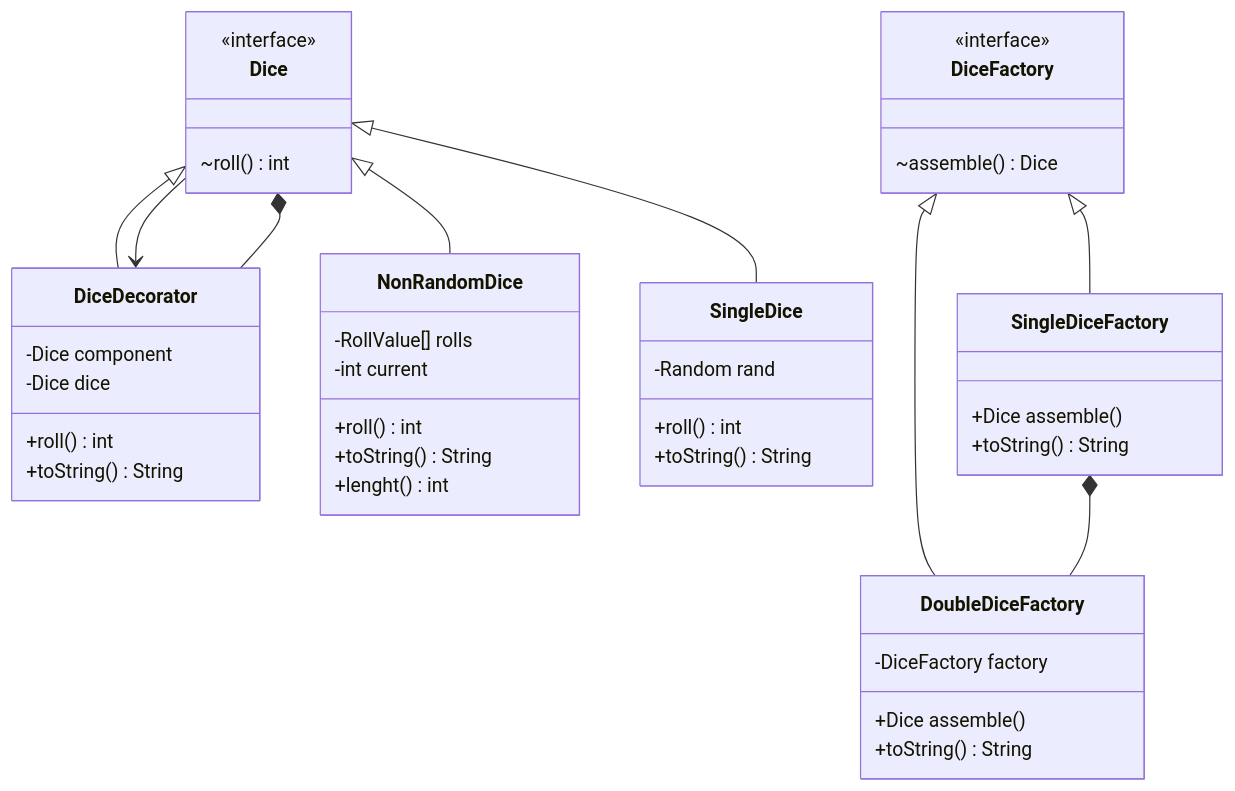
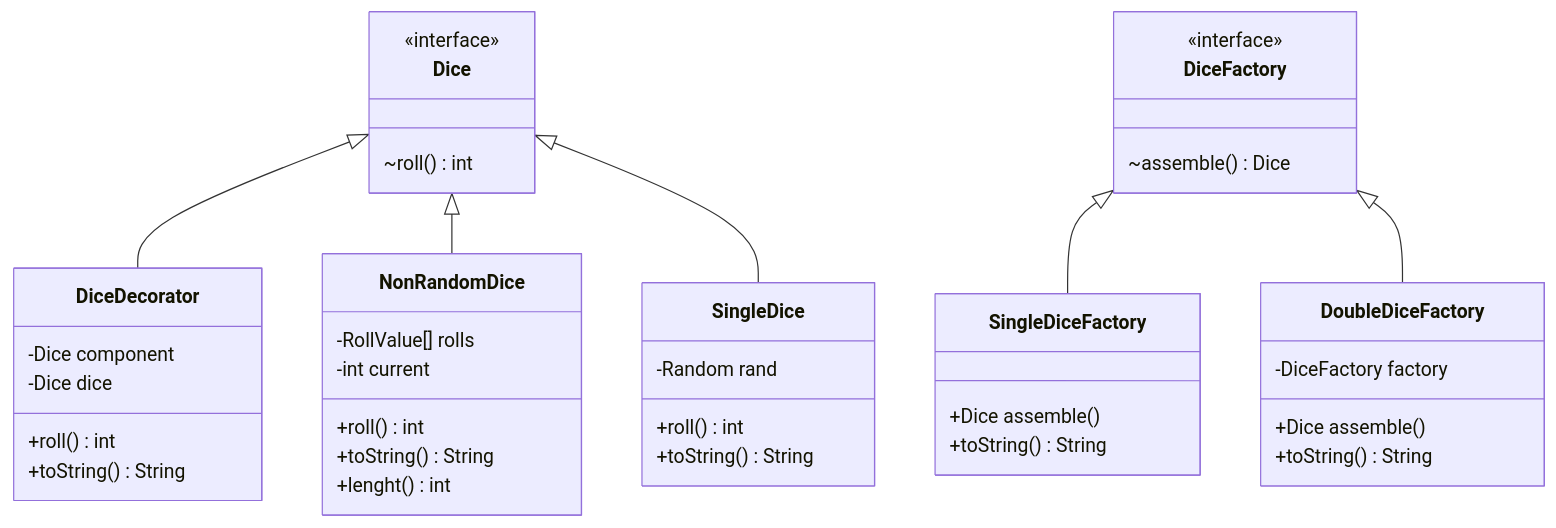
One commit to Luke3470/DesignPaternsUni changed the first of 4 diagrams in README.md. Above: the diagram before and after it, drawn with Mermaid. The commit also changed other lines of this file, not shown here.

Commit message:
dice Graph Complete

````diff
--- a/README.md
+++ b/README.md
@@ -7,55 +12,52 @@
 ```mermaid
 classDiagram
 
     class Dice {
     <<interface>>
     ~roll() int
     }
 
     class DiceDecorator {
         -Dice component
         -Dice dice
         +roll() int
         +toString() String
     }
 
     class DiceFactory {
         <<interface>>
         ~assemble() Dice
     }
 
 
     class DoubleDiceFactory {
         -DiceFactory factory
         +Dice assemble()
         +toString() String 
     }
     
     class NonRandomDice{
         -RollValue[] rolls
         -int current
         +roll() int
         +toString() String
         +lenght() int
     }
 
     class SingleDice {
         -Random rand
         +roll() int
         +toString() String
     }
 
     class SingleDiceFactory {
         +Dice assemble()
         +toString() String 
     }
     
     Dice <|-- DiceDecorator
-    Dice --> DiceDecorator
-    Dice *-- DiceDecorator
     Dice <|-- NonRandomDice
     Dice <|-- SingleDice
     DiceFactory <|-- SingleDiceFactory
     DiceFactory <|-- DoubleDiceFactory
-    SingleDiceFactory *-- DoubleDiceFactory
 ```
````
